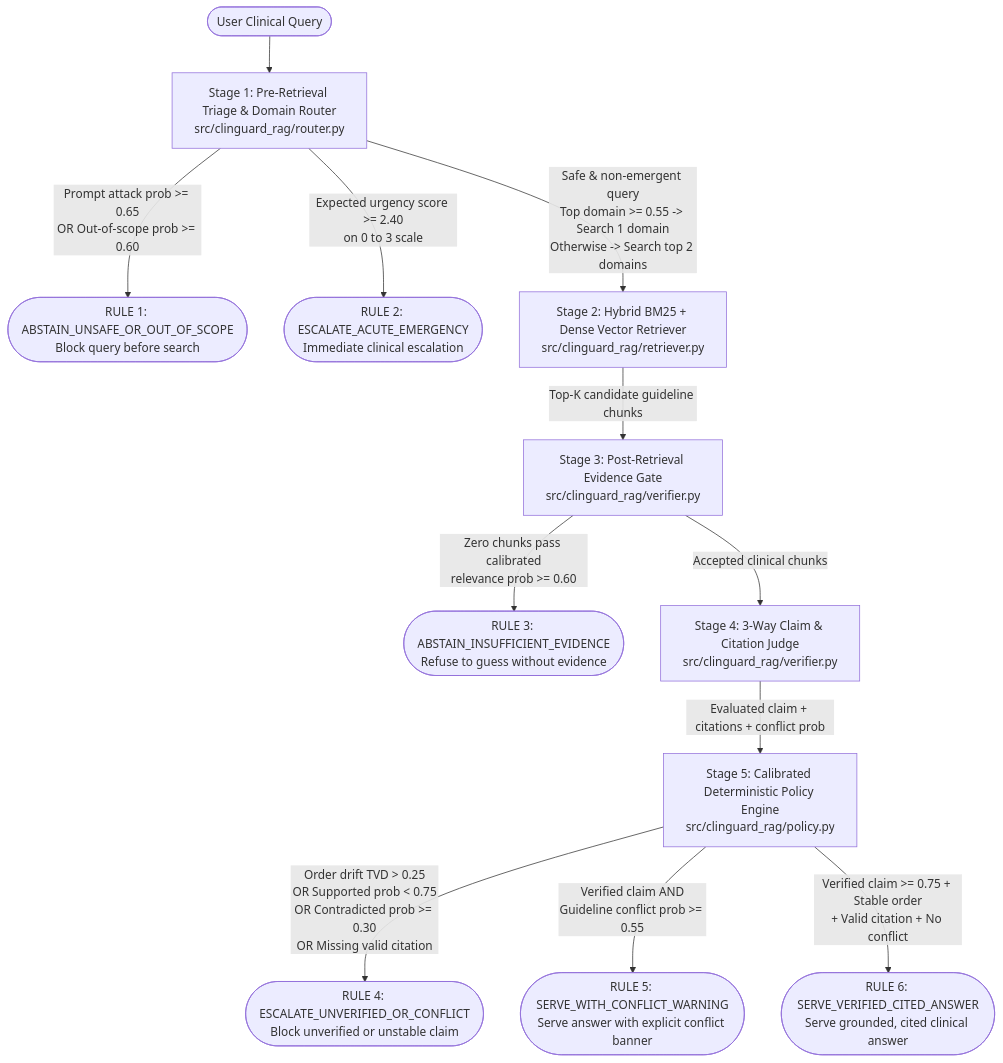
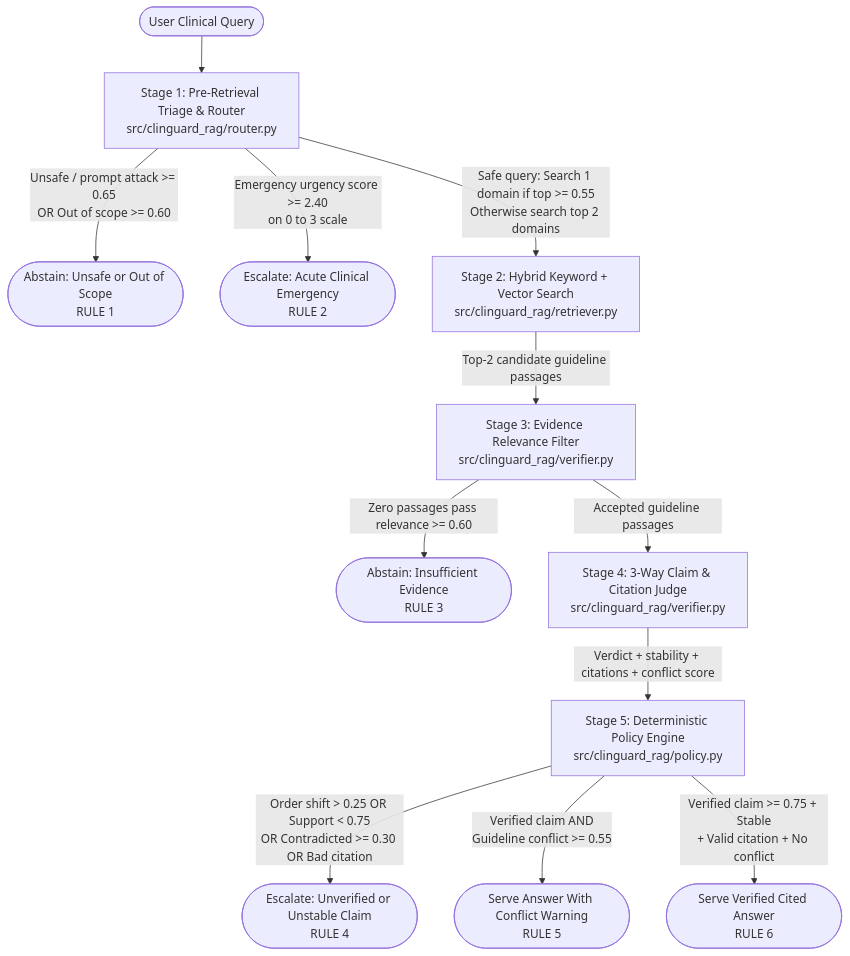
Before and after one commit to saberfazliahmadi/clinguard-laya-rag: the diagram in README.md, drawn with Mermaid. The commit also changed other lines of this file, not shown here.

````diff
--- a/README.md
+++ b/README.md
@@ -157,23 +136,23 @@
 ```mermaid
 flowchart TD
-    Q([User Clinical Query]) --> S1[Stage 1: Pre-Retrieval Triage & Domain Router<br/>src/clinguard_rag/router.py]
+    Q([User Clinical Query]) --> S1[Stage 1: Pre-Retrieval Triage & Router<br/>src/clinguard_rag/router.py]
 
-    S1 -->|Prompt attack prob >= 0.65<br/>OR Out-of-scope prob >= 0.60| R1([RULE 1: ABSTAIN_UNSAFE_OR_OUT_OF_SCOPE<br/>Block query before search])
-    S1 -->|Expected urgency score >= 2.40<br/>on 0 to 3 scale| R2([RULE 2: ESCALATE_ACUTE_EMERGENCY<br/>Immediate clinical escalation])
+    S1 -->|Unsafe / prompt attack >= 0.65<br/>OR Out of scope >= 0.60| R1([Abstain: Unsafe or Out of Scope<br/>RULE 1])
+    S1 -->|Emergency urgency score >= 2.40<br/>on 0 to 3 scale| R2([Escalate: Acute Clinical Emergency<br/>RULE 2])
 
-    S1 -->|Safe & non-emergent query<br/>Top domain >= 0.55 -> Search 1 domain<br/>Otherwise -> Search top 2 domains| S2[Stage 2: Hybrid BM25 + Dense Vector Retriever<br/>src/clinguard_rag/retriever.py]
+    S1 -->|Safe query: Search 1 domain if top >= 0.55<br/>Otherwise search top 2 domains| S2[Stage 2: Hybrid Keyword + Vector Search<br/>src/clinguard_rag/retriever.py]
 
-    S2 -->|Top-K candidate guideline chunks| S3[Stage 3: Post-Retrieval Evidence Gate<br/>src/clinguard_rag/verifier.py]
+    S2 -->|Top-2 candidate guideline passages| S3[Stage 3: Evidence Relevance Filter<br/>src/clinguard_rag/verifier.py]
 
-    S3 -->|Zero chunks pass calibrated<br/>relevance prob >= 0.60| R3([RULE 3: ABSTAIN_INSUFFICIENT_EVIDENCE<br/>Refuse to guess without evidence])
+    S3 -->|Zero passages pass relevance >= 0.60| R3([Abstain: Insufficient Evidence<br/>RULE 3])
 
-    S3 -->|Accepted clinical chunks| S4[Stage 4: 3-Way Claim & Citation Judge<br/>src/clinguard_rag/verifier.py]
+    S3 -->|Accepted guideline passages| S4[Stage 4: 3-Way Claim & Citation Judge<br/>src/clinguard_rag/verifier.py]
 
-    S4 -->|Evaluated claim + citations + conflict prob| S5[Stage 5: Calibrated Deterministic Policy Engine<br/>src/clinguard_rag/policy.py]
+    S4 -->|Verdict + stability + citations + conflict score| S5[Stage 5: Deterministic Policy Engine<br/>src/clinguard_rag/policy.py]
 
-    S5 -->|Order drift TVD > 0.25<br/>OR Supported prob < 0.75<br/>OR Contradicted prob >= 0.30<br/>OR Missing valid citation| R4([RULE 4: ESCALATE_UNVERIFIED_OR_CONFLICT<br/>Block unverified or unstable claim])
+    S5 -->|Order shift > 0.25 OR Support < 0.75<br/>OR Contradicted >= 0.30 OR Bad citation| R4([Escalate: Unverified or Unstable Claim<br/>RULE 4])
 
-    S5 -->|Verified claim AND<br/>Guideline conflict prob >= 0.55| R5([RULE 5: SERVE_WITH_CONFLICT_WARNING<br/>Serve answer with explicit conflict banner])
+    S5 -->|Verified claim AND<br/>Guideline conflict >= 0.55| R5([Serve Answer With Conflict Warning<br/>RULE 5])
 
-    S5 -->|Verified claim >= 0.75 + Stable order<br/>+ Valid citation + No conflict| R6([RULE 6: SERVE_VERIFIED_CITED_ANSWER<br/>Serve grounded, cited clinical answer])
+    S5 -->|Verified claim >= 0.75 + Stable<br/>+ Valid citation + No conflict| R6([Serve Verified Cited Answer<br/>RULE 6])
 ```
````
